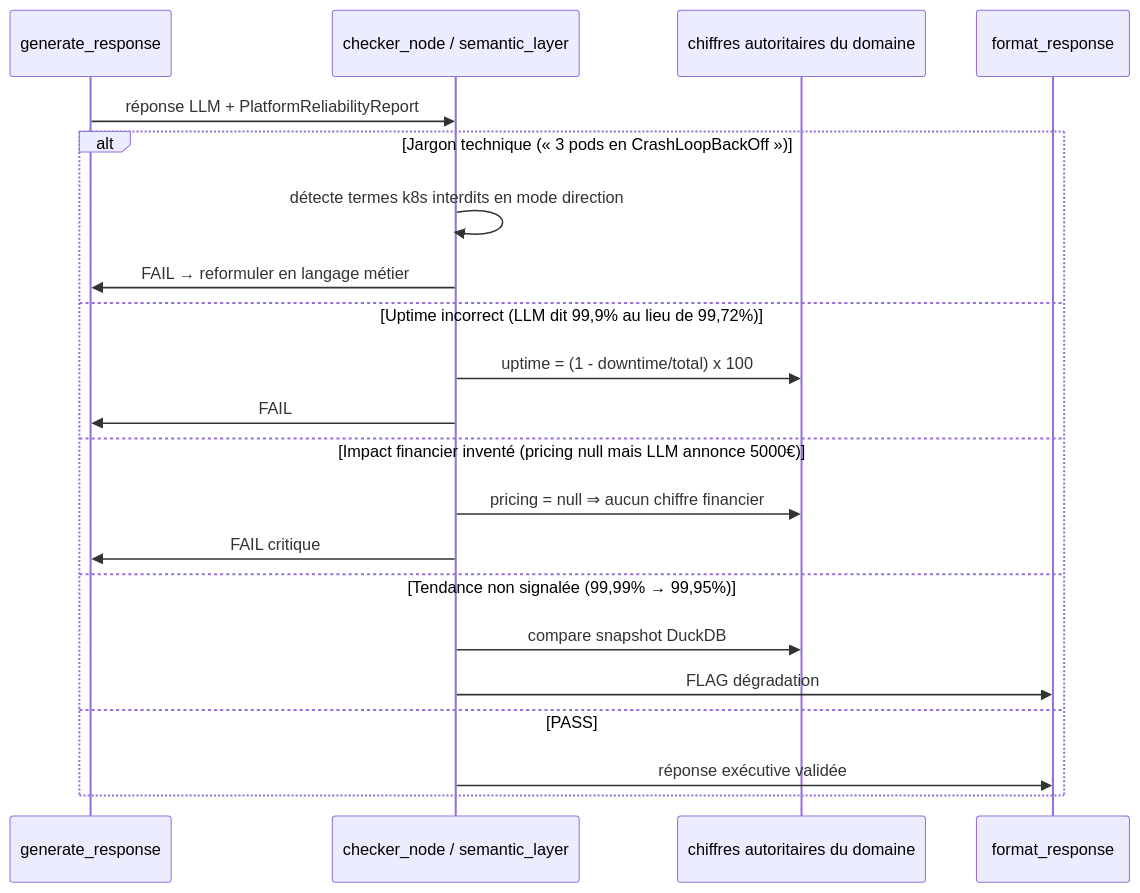
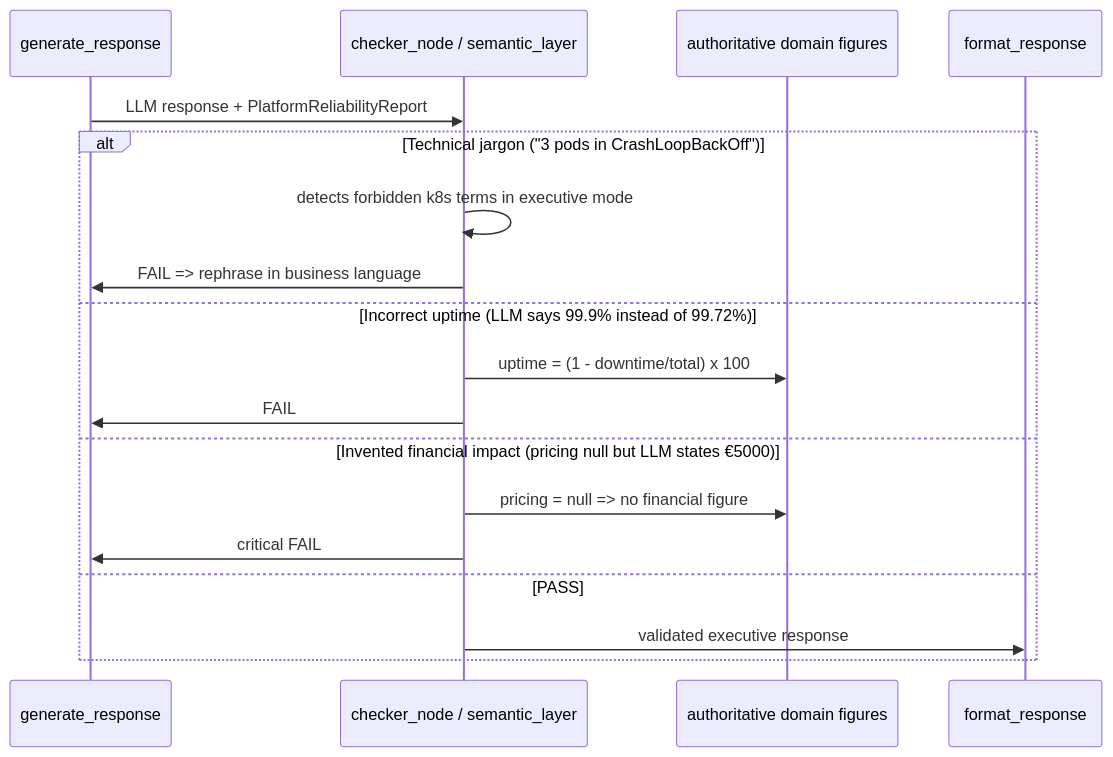
The third of 3 diagrams in docs/use-cases/106-cto-reliability-report.md (hexa-tools/hexawyn), drawn with Mermaid before and after one commit. The commit also changed other lines of this file and 53 other files, not shown here.

Commit message:
chore: refactor diagram

````diff
--- a/docs/use-cases/106-cto-reliability-report.md
+++ b/docs/use-cases/106-cto-reliability-report.md
@@ -72,24 +71,21 @@
 ```mermaid
 sequenceDiagram
     participant Gen as generate_response
     participant Checker as checker_node / semantic_layer
-    participant Matrix as chiffres autoritaires du domaine
+    participant Matrix as authoritative domain figures
     participant Format as format_response
 
-    Gen->>Checker: réponse LLM + PlatformReliabilityReport
-    alt Jargon technique (« 3 pods en CrashLoopBackOff »)
-        Checker->>Checker: détecte termes k8s interdits en mode direction
-        Checker->>Gen: FAIL → reformuler en langage métier
-    else Uptime incorrect (LLM dit 99,9% au lieu de 99,72%)
+    Gen->>Checker: LLM response + PlatformReliabilityReport
+    alt Technical jargon ("3 pods in CrashLoopBackOff")
+        Checker->>Checker: detects forbidden k8s terms in executive mode
+        Checker->>Gen: FAIL => rephrase in business language
+    else Incorrect uptime (LLM says 99.9% instead of 99.72%)
         Checker->>Matrix: uptime = (1 - downtime/total) x 100
         Checker->>Gen: FAIL
-    else Impact financier inventé (pricing null mais LLM annonce 5000€)
-        Checker->>Matrix: pricing = null ⇒ aucun chiffre financier
-        Checker->>Gen: FAIL critique
-    else Tendance non signalée (99,99% → 99,95%)
-        Checker->>Matrix: compare snapshot DuckDB
-        Checker->>Format: FLAG dégradation
+    else Invented financial impact (pricing null but LLM states €5000)
+        Checker->>Matrix: pricing = null => no financial figure
+        Checker->>Gen: critical FAIL
     else PASS
-        Checker->>Format: réponse exécutive validée
+        Checker->>Format: validated executive response
     end
 ```
````
